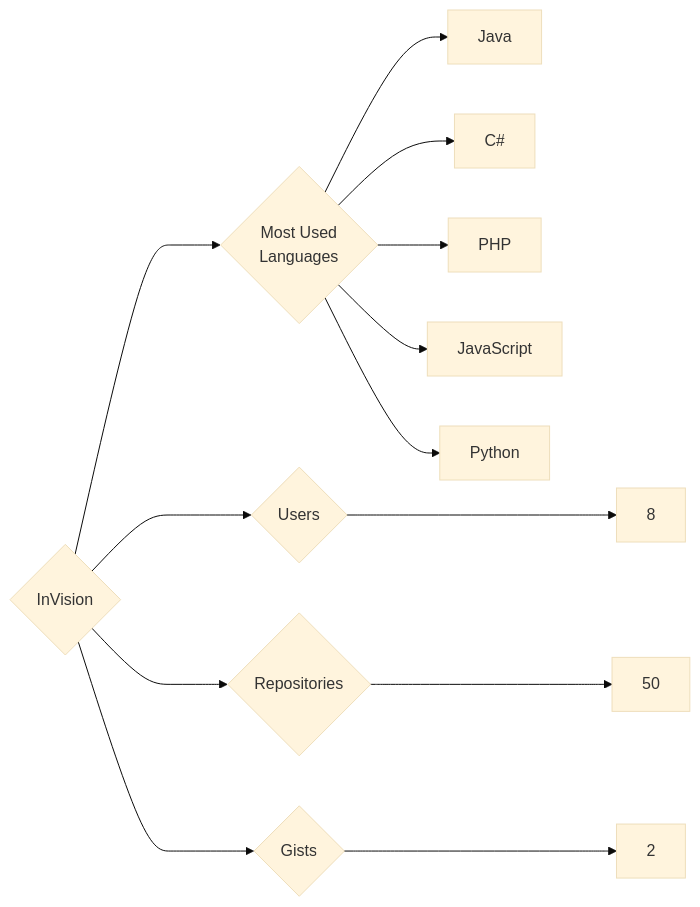
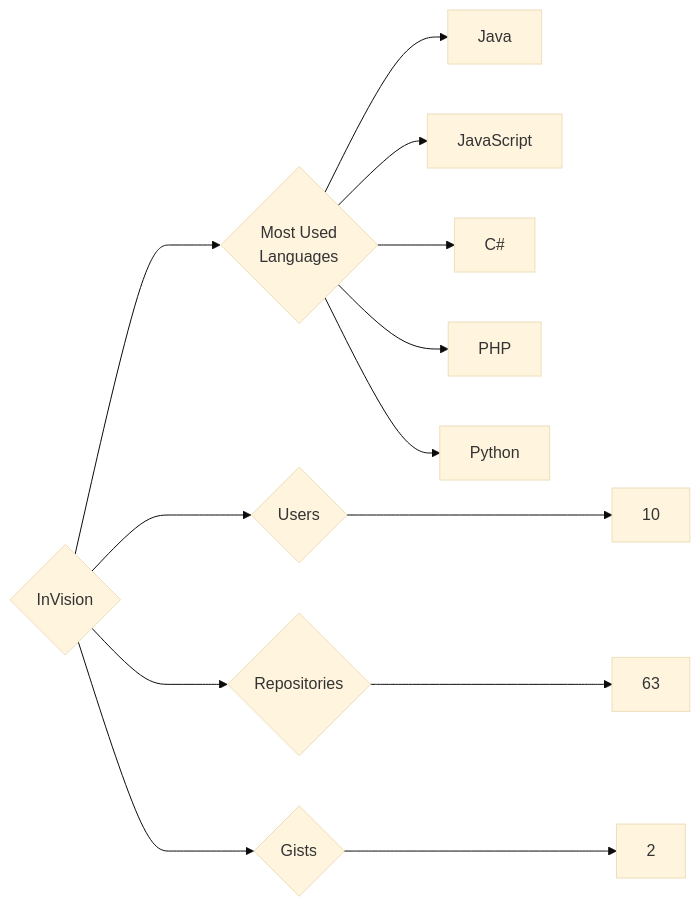
Before and after one commit to trickest/insiders: the diagram in targets/InVision/README.md, drawn with Mermaid (base theme). The commit also changed 1088 other files, not shown here.

````diff
--- a/targets/InVision/README.md
+++ b/targets/InVision/README.md
@@ -3,13 +3,13 @@
 ```mermaid
 graph LR
 COMPANY_NAME{InVision}
-COMPANY_NAME ---> U{Users} ---> UN[8]
-COMPANY_NAME ---> R{Repositories} ---> RN[50]
+COMPANY_NAME ---> U{Users} ---> UN[10]
+COMPANY_NAME ---> R{Repositories} ---> RN[63]
 COMPANY_NAME ---> G{Gists} ---> GN[2]
 COMPANY_NAME ---> ML{Most Used<br>Languages}
 ML --> Java[Java]
+ML --> JavaScript[JavaScript]
 ML --> C#[C#]
 ML --> PHP[PHP]
-ML --> JavaScript[JavaScript]
 ML --> Python[Python]
 ```
````
